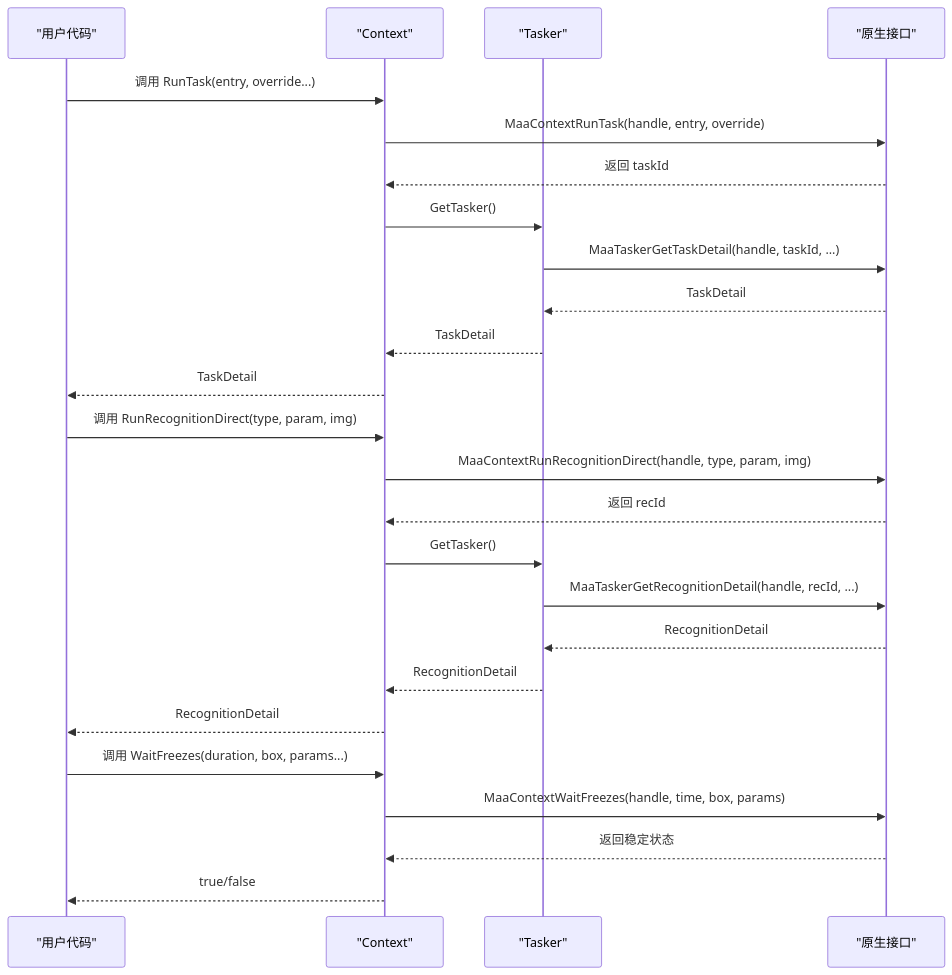
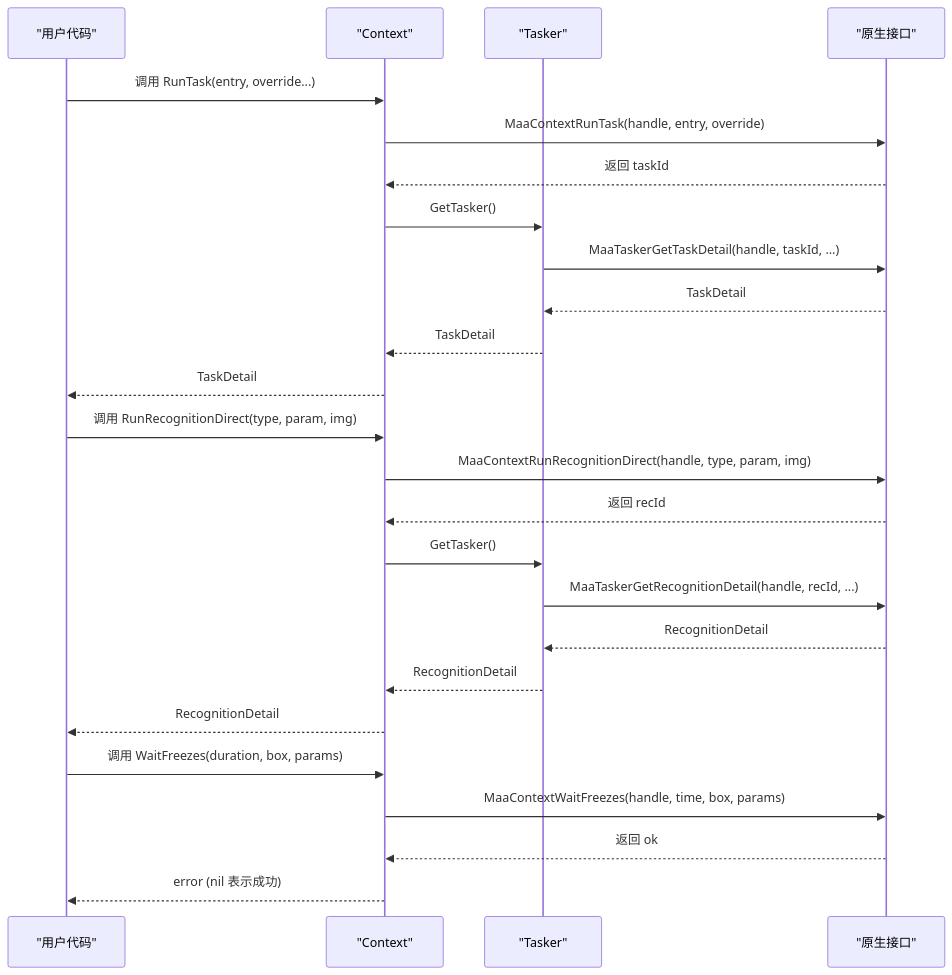
Before and after one commit to kqcoxn/MaaPipelineEditor: the second of 6 diagrams in instructions/maafw-golang-binding/核心概念/执行上下文 (Context).md, drawn with Mermaid. The commit also changed other lines of this file and 6 other files, not shown here.

````diff
--- a/instructions/maafw-golang-binding/核心概念/执行上下文 (Context).md
+++ b/instructions/maafw-golang-binding/核心概念/执行上下文 (Context).md
@@ -129,27 +135,27 @@
 ```mermaid
 sequenceDiagram
 participant U as "用户代码"
 participant Ctx as "Context"
 participant Tsk as "Tasker"
 participant N as "原生接口"
 U->>Ctx : 调用 RunTask(entry, override...)
 Ctx->>N : MaaContextRunTask(handle, entry, override)
 N-->>Ctx : 返回 taskId
 Ctx->>Tsk : GetTasker()
 Tsk->>N : MaaTaskerGetTaskDetail(handle, taskId, ...)
 N-->>Tsk : TaskDetail
 Tsk-->>Ctx : TaskDetail
 Ctx-->>U : TaskDetail
 U->>Ctx : 调用 RunRecognitionDirect(type, param, img)
 Ctx->>N : MaaContextRunRecognitionDirect(handle, type, param, img)
 N-->>Ctx : 返回 recId
 Ctx->>Tsk : GetTasker()
 Tsk->>N : MaaTaskerGetRecognitionDetail(handle, recId, ...)
 N-->>Tsk : RecognitionDetail
 Tsk-->>Ctx : RecognitionDetail
 Ctx-->>U : RecognitionDetail
-U->>Ctx : 调用 WaitFreezes(duration, box, params...)
+U->>Ctx : 调用 WaitFreezes(duration, box, params)
 Ctx->>N : MaaContextWaitFreezes(handle, time, box, params)
-N-->>Ctx : 返回稳定状态
-Ctx-->>U : true/false
+N-->>Ctx : 返回 ok
+Ctx-->>U : error (nil 表示成功)
 ```
````
